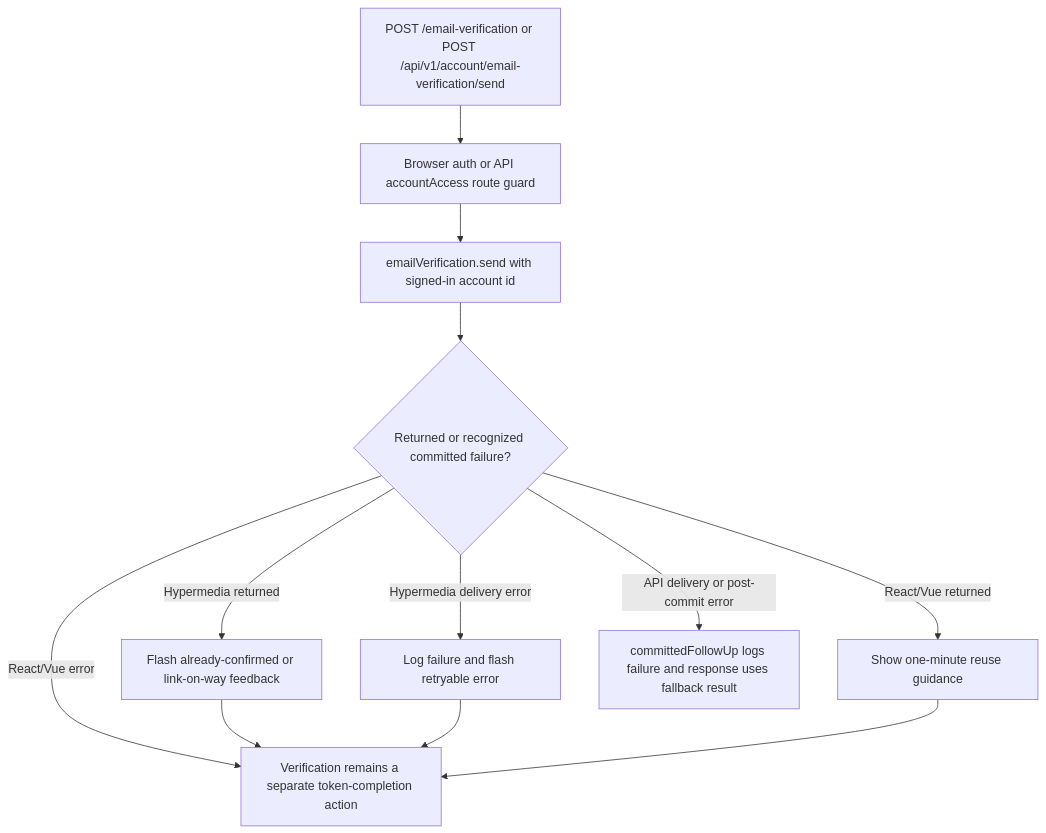
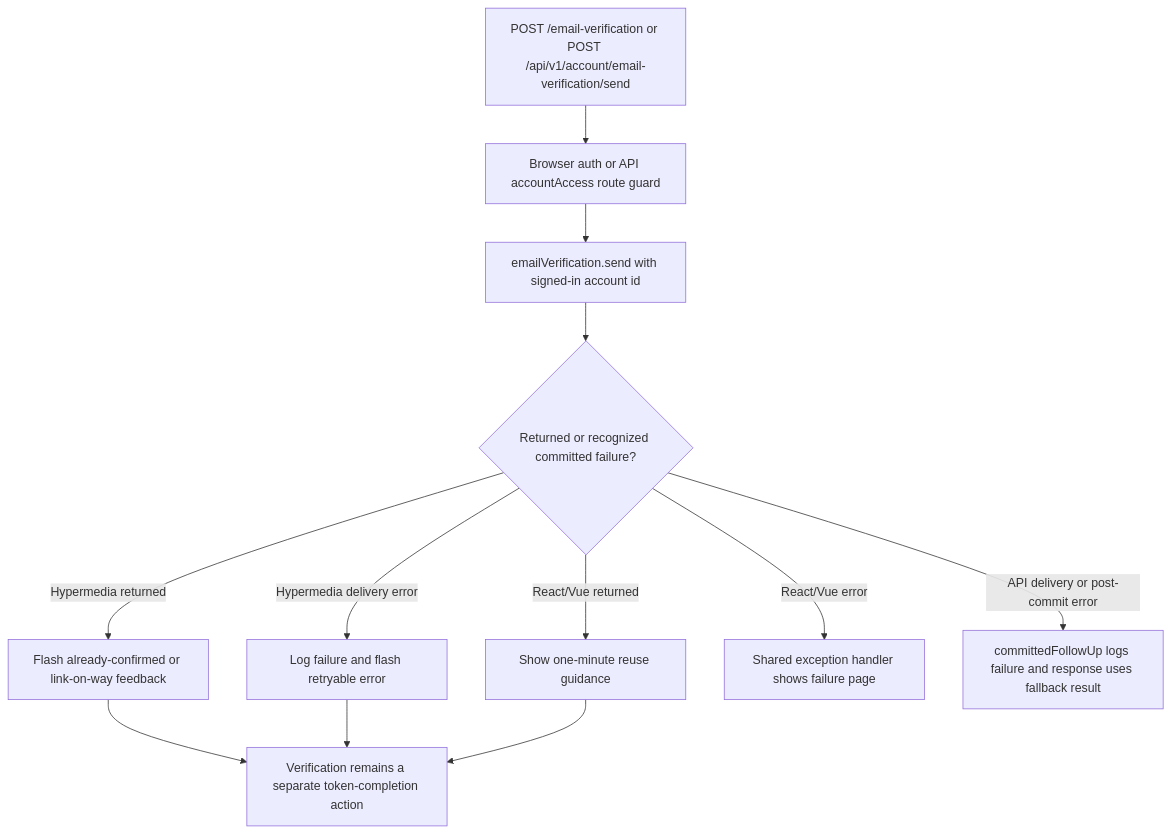
Before and after one commit to Kevinjohn/oss-adonisjs-starter-examples: the second of 2 diagrams in user-stories/accounts/us-account-10-send-email-verification.md, drawn with Mermaid.

Commit message:
docs: keep verification flow nodes distinct

````diff
--- a/user-stories/accounts/us-account-10-send-email-verification.md
+++ b/user-stories/accounts/us-account-10-send-email-verification.md
@@ -40,14 +40,14 @@
 ```mermaid
 flowchart TD
     A["POST /email-verification or POST /api/v1/account/email-verification/send"] --> B["Browser auth or API accountAccess route guard"]
     B --> C["emailVerification.send with signed-in account id"]
     C --> D{"Returned or recognized committed failure?"}
     D -->|Hypermedia returned| E["Flash already-confirmed or link-on-way feedback"]
     D -->|Hypermedia delivery error| F["Log failure and flash retryable error"]
     D -->|React/Vue returned| G["Show one-minute reuse guidance"]
     D -->|React/Vue error| H["Shared exception handler shows failure page"]
     D -->|API delivery or post-commit error| I["committedFollowUp logs failure and response uses fallback result"]
-    E --> H["Verification remains a separate token-completion action"]
-    F --> H
-    G --> H
+    E --> J["Verification remains a separate token-completion action"]
+    F --> J
+    G --> J
 ```
````
